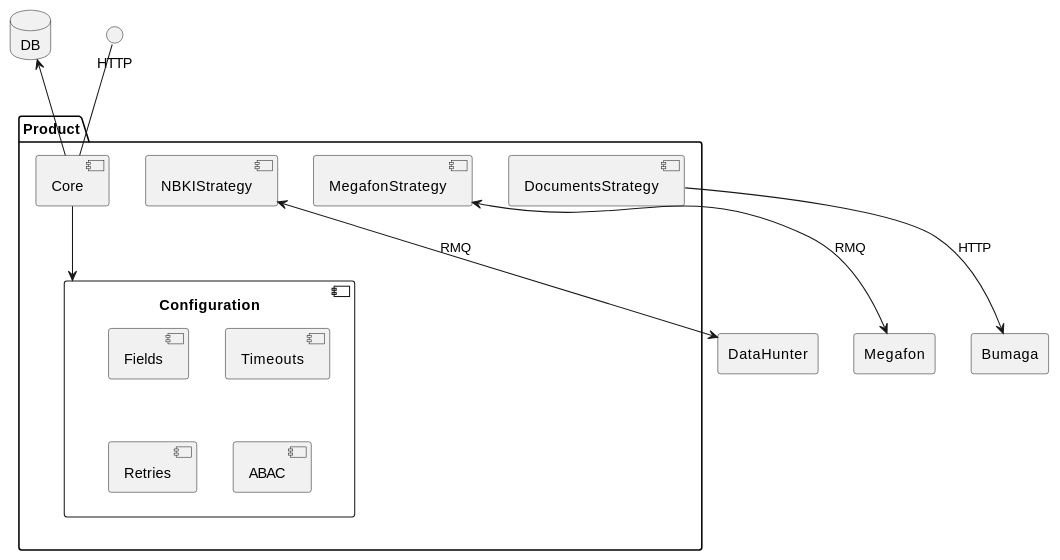
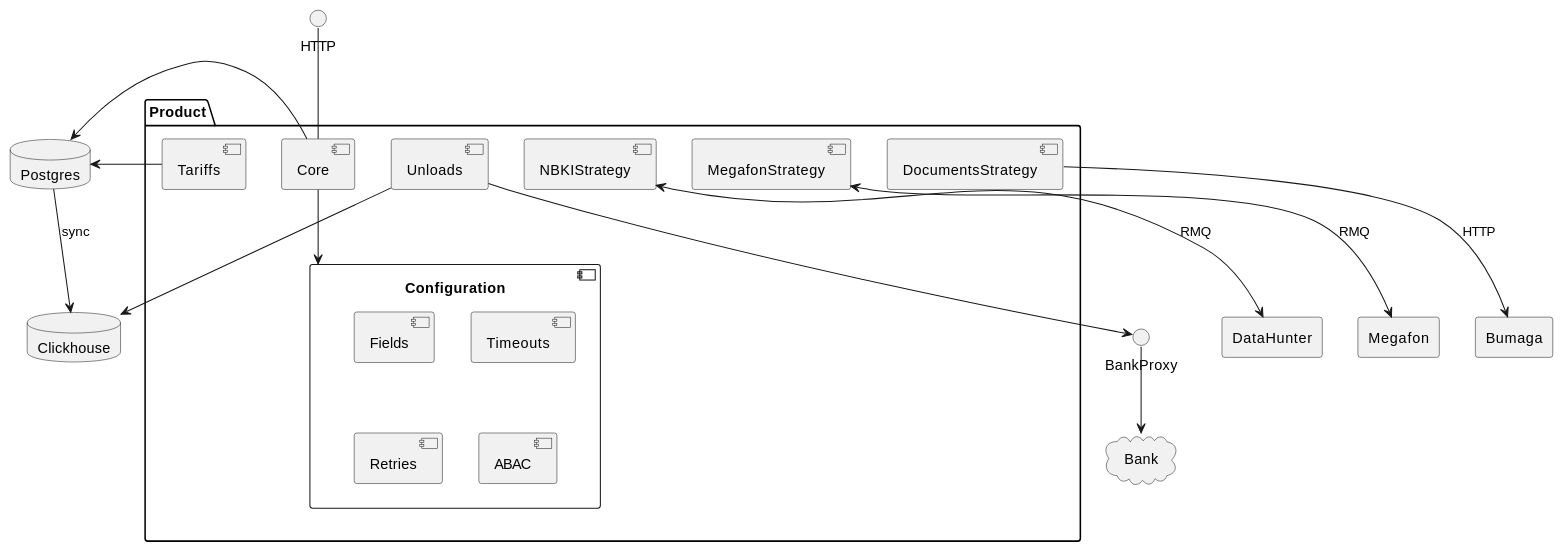
The first of 2 diagrams in core/slides.md (sergio-fry/slides), drawn with PlantUML before and after one commit. The commit also changed other lines of this file and 1 other file, not shown here.

````diff
--- a/core/slides.md
+++ b/core/slides.md
@@ -112,35 +122,50 @@
 ```plantuml
 package "Product" {
   component Core {
   }
 
   component Configuration {
     [Fields]
     [Timeouts]
     [Retries]
     [ABAC]
   }
 
   [NBKIStrategy]
   [MegafonStrategy]
   [DocumentsStrategy]
 
+  [Tariffs]
+
+  [Unloads]
 
   Core --> Configuration
 }
-database DB
+database Postgres as DB
+
 Core -up-> DB
+Tariffs --> DB
+
+database Clickhouse
+DB --> Clickhouse: sync
+Unloads --> Clickhouse
+
+() BankProxy
+Unloads --> BankProxy
+
+cloud Bank
+BankProxy --> Bank
 
 () HTTP
 HTTP -- Core
 
 rectangle "Megafon"
 MegafonStrategy <--> Megafon: RMQ
 
 rectangle DataHunter
 NBKIStrategy <--> DataHunter: RMQ
 
 rectangle Bumaga
 DocumentsStrategy --> Bumaga: HTTP
 
 ```
````
